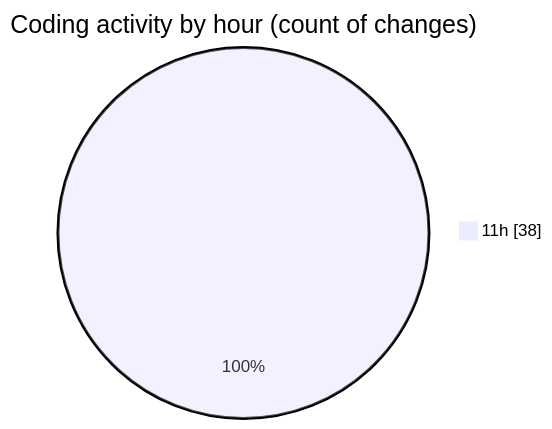
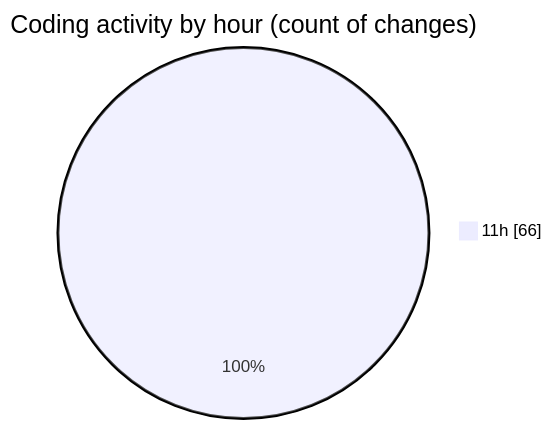
Before and after one commit to Ritupan-Deka/code-tracking: the second of 2 diagrams in 2025-06-22/txtfiles/README.md, drawn with Mermaid. The commit also changed other lines of this file and 1 other file, not shown here.

````diff
--- a/2025-06-22/txtfiles/README.md
+++ b/2025-06-22/txtfiles/README.md
@@ -28,5 +28,5 @@
 ```mermaid
 pie showData
 title Coding activity by hour (count of changes)
-"11h" : 38
+"11h" : 66
 ```
````
